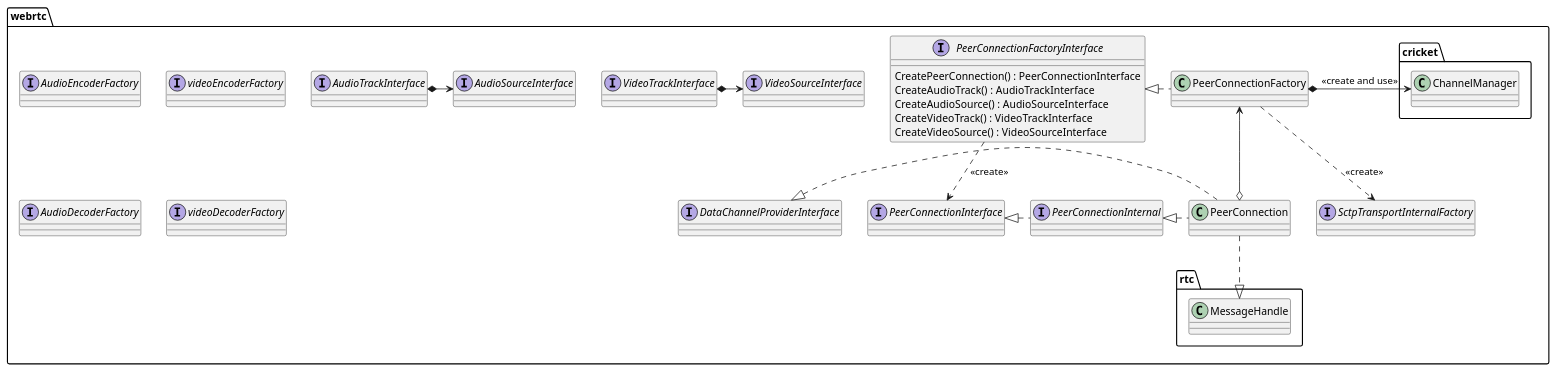
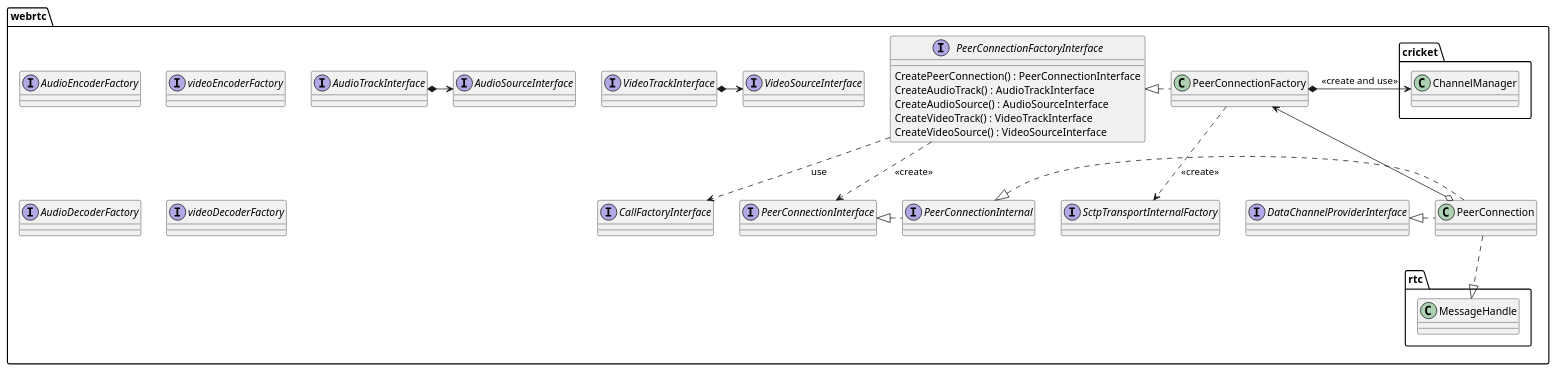
The diagram in webrtc_chrome/peerconnection.md (mingxin505/webrtcNote), drawn with PlantUML before and after one commit. The commit also changed 3 other files, not shown here.

````diff
--- a/webrtc_chrome/peerconnection.md
+++ b/webrtc_chrome/peerconnection.md
@@ -1,38 +1,41 @@
 ```plantuml
+page 2x2
 package webrtc {
+    interface CallFactoryInterface
     interface SctpTransportInternalFactory
     interface AudioEncoderFactory
     interface videoEncoderFactory
     interface AudioDecoderFactory
     interface videoDecoderFactory
     interface PeerConnectionInterface
     interface VideoSourceInterface
     interface VideoTrackInterface
     interface AudioSourceInterface
     interface AudioTrackInterface
     interface DataChannelProviderInterface
     interface PeerConnectionInternal
     interface PeerConnectionInterface
     interface PeerConnectionFactoryInterface {
         CreatePeerConnection() : PeerConnectionInterface
         CreateAudioTrack() : AudioTrackInterface
         CreateAudioSource() : AudioSourceInterface
         CreateVideoTrack() : VideoTrackInterface
         CreateVideoSource() : VideoSourceInterface
     }
     class PeerConnectionFactory {
 
     }
+    PeerConnectionFactoryInterface ..> CallFactoryInterface : use
     PeerConnectionFactoryInterface ..> PeerConnectionInterface : <<create>>
     PeerConnectionFactory *-> cricket.ChannelManager : <<create and use>>
     PeerConnectionFactory ..left.|> PeerConnectionFactoryInterface
     PeerConnection ..|> rtc.MessageHandle
     PeerConnection .left.|> DataChannelProviderInterface
     PeerConnection .left.|> PeerConnectionInternal
     PeerConnectionInternal .left.|>PeerConnectionInterface
     PeerConnection o-up-> PeerConnectionFactory
     PeerConnectionFactory ..> SctpTransportInternalFactory : <<create>>
     VideoTrackInterface *-> VideoSourceInterface
     AudioTrackInterface *-> AudioSourceInterface
 }
 ```
````
